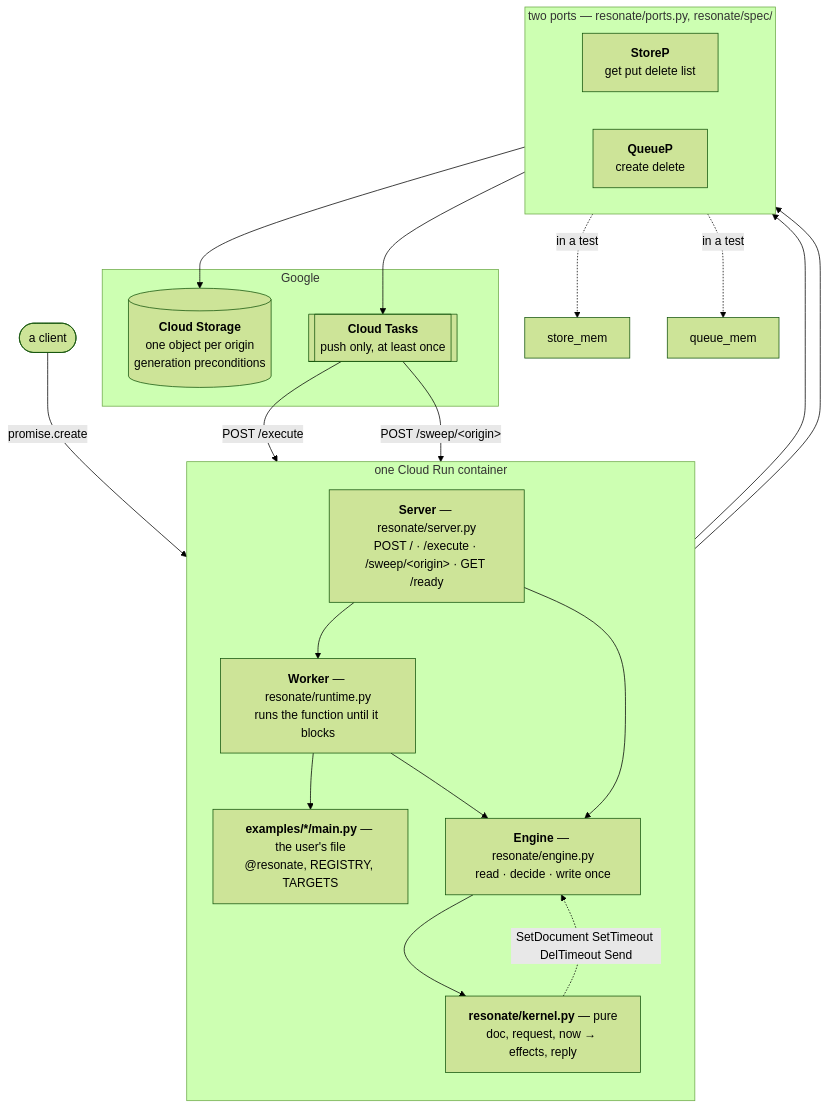
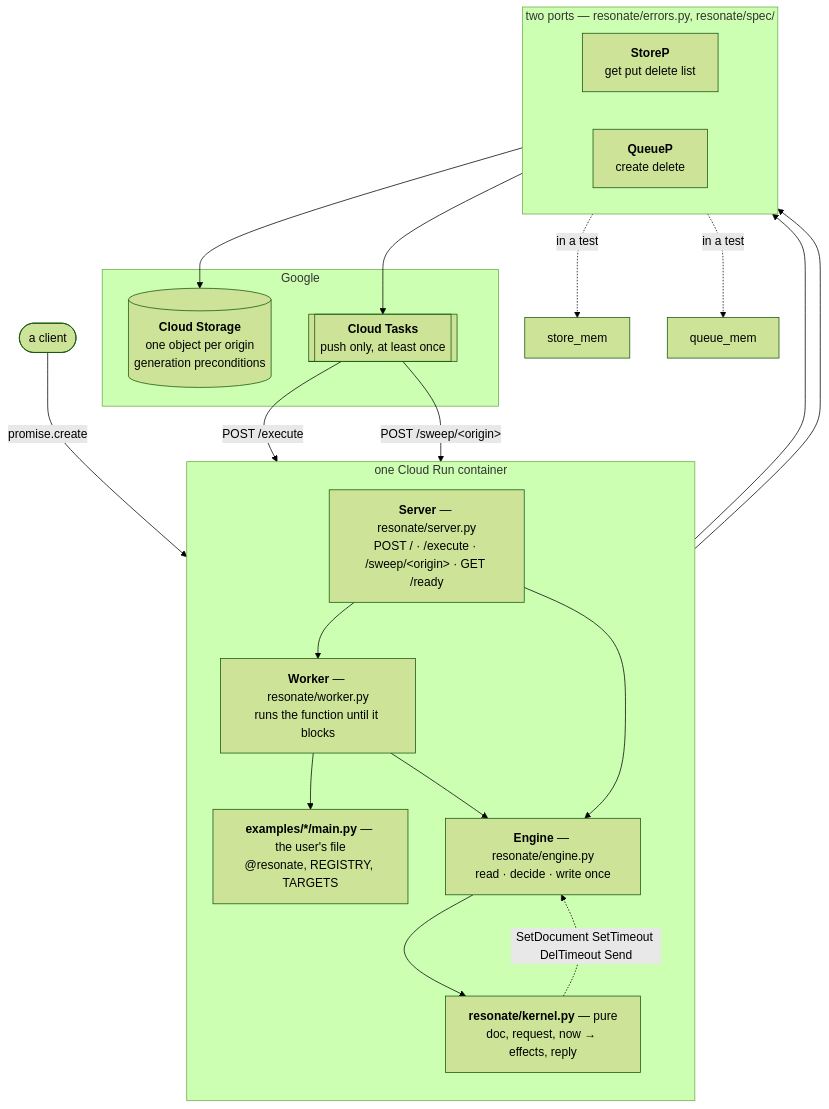
The diagram in code/final/ARCHITECTURE.md (resonatehq/durable-execution), drawn with Mermaid (forest theme) before and after one commit. The commit also changed 42 other files, not shown here.

First line of the commit message:
Put the worker, errors and test tooling in modules named for them

````diff
--- a/code/final/ARCHITECTURE.md
+++ b/code/final/ARCHITECTURE.md
@@ -9,43 +9,43 @@
 ```mermaid
 flowchart TB
     client(["a client"])
 
     subgraph container["one Cloud Run container"]
         direction TB
         routes["<b>Server</b> — resonate/server.py<br/>POST / · /execute · /sweep/&lt;origin&gt; · GET /ready"]
-        worker["<b>Worker</b> — resonate/runtime.py<br/>runs the function until it blocks"]
+        worker["<b>Worker</b> — resonate/worker.py<br/>runs the function until it blocks"]
         app["<b>examples/*/main.py</b> — the user's file<br/>@resonate, REGISTRY, TARGETS"]
         engine["<b>Engine</b> — resonate/engine.py<br/>read · decide · write once"]
         kernel["<b>resonate/kernel.py</b> — pure<br/>doc, request, now → effects, reply"]
     end
 
-    subgraph ports["two ports — resonate/ports.py, resonate/spec/"]
+    subgraph ports["two ports — resonate/errors.py, resonate/spec/"]
         direction LR
         store["<b>StoreP</b><br/>get put delete list"]
         queue["<b>QueueP</b><br/>create delete"]
     end
 
     subgraph google["Google"]
         gcs[("<b>Cloud Storage</b><br/>one object per origin<br/>generation preconditions")]
         tasks[["<b>Cloud Tasks</b><br/>push only, at least once"]]
     end
 
     client -->|"promise.create"| routes
     routes --> worker
     worker --> app
     worker --> engine
     routes --> engine
     engine --> kernel
     kernel -.->|"SetDocument SetTimeout DelTimeout Send"| engine
 
     engine --> store
     engine --> queue
     store --> gcs
     queue --> tasks
 
     tasks -->|"POST /execute"| routes
     tasks -->|"POST /sweep/&lt;origin&gt;"| routes
 
     store -.->|"in a test"| storemem["store_mem"]
     queue -.->|"in a test"| queuemem["queue_mem"]
 ```
````
